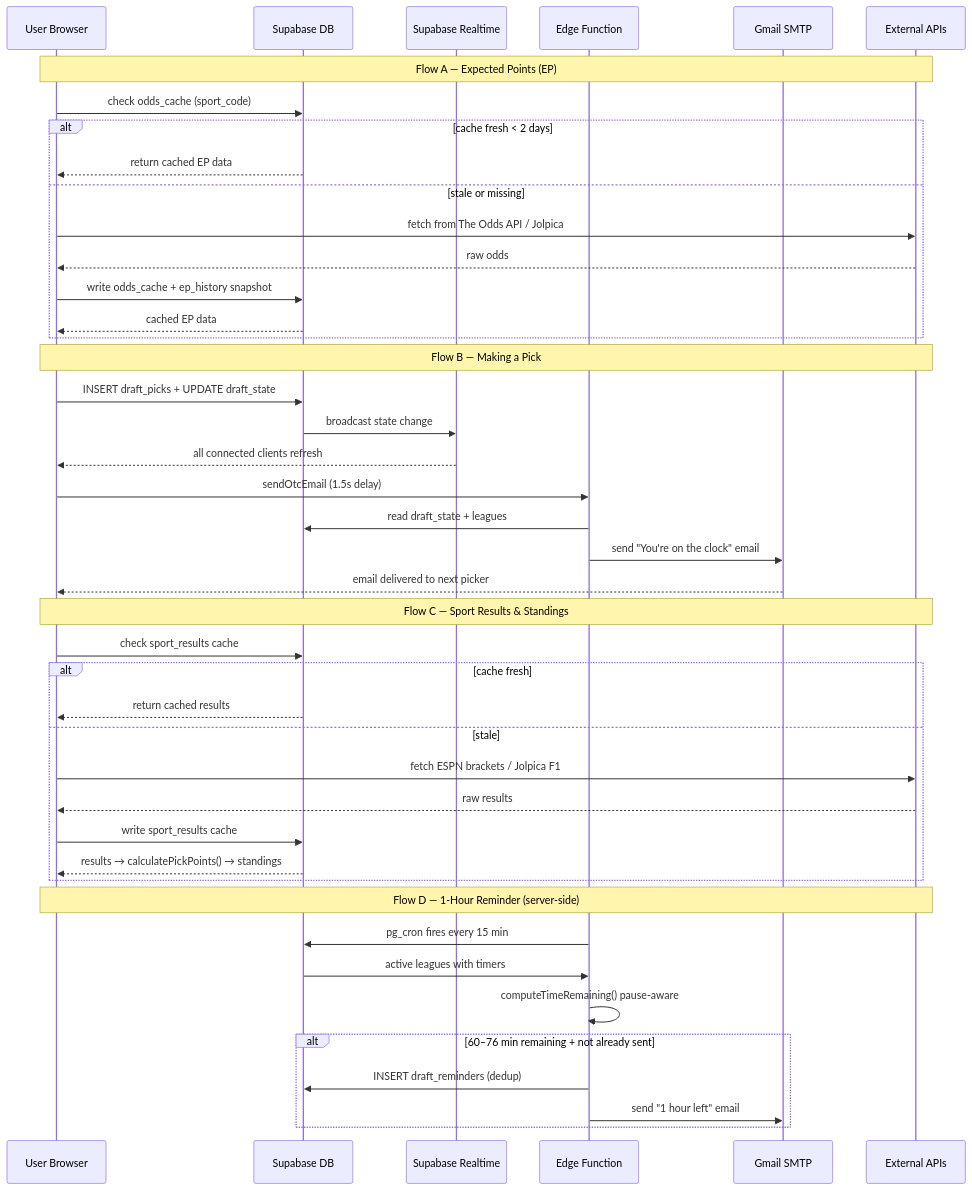
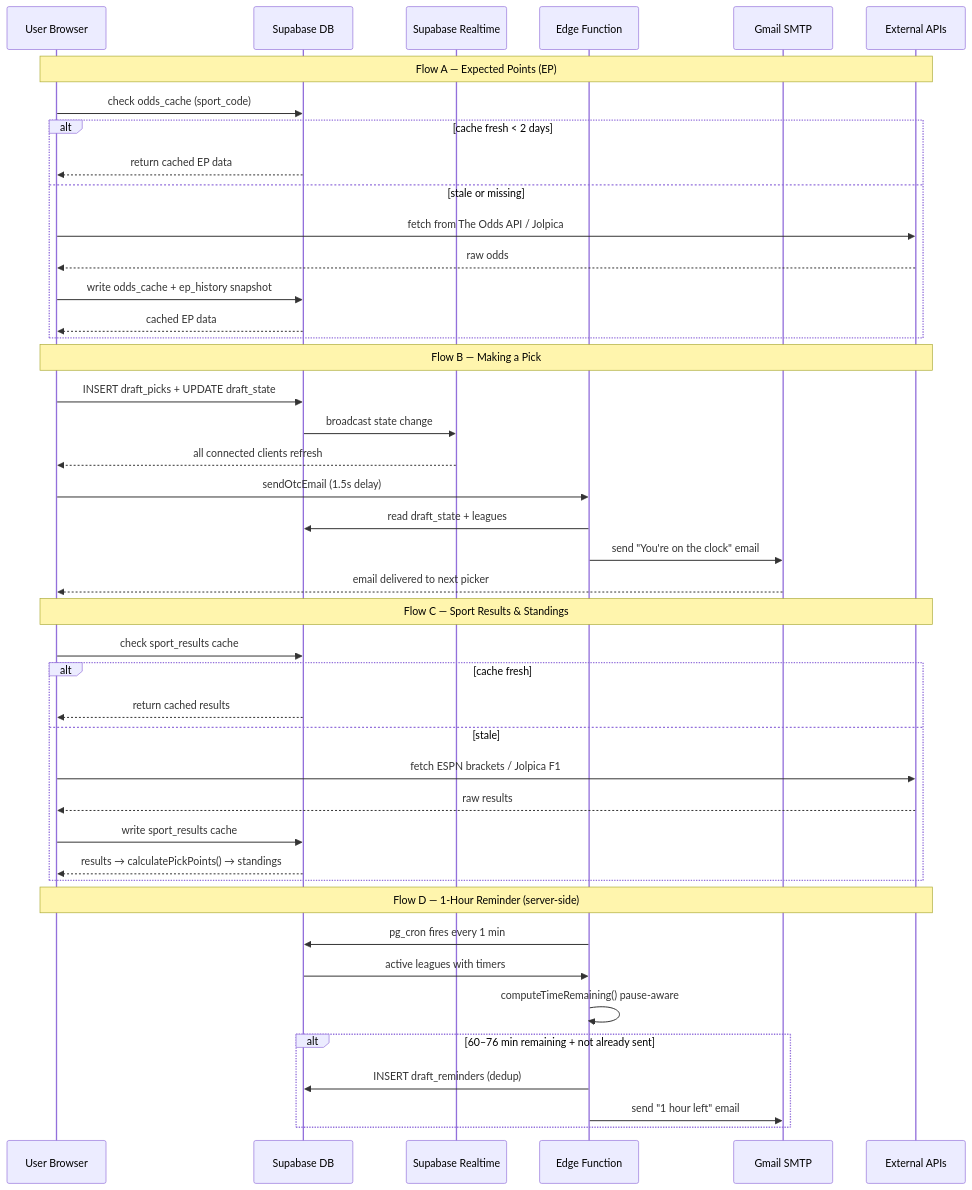
Before and after one commit to ayushm23/omnifantasy: the fourth of 4 diagrams in docs/ARCHITECTURE.md, drawn with Mermaid. The commit also changed other lines of this file and 3 other files, not shown here.

````diff
--- a/docs/ARCHITECTURE.md
+++ b/docs/ARCHITECTURE.md
@@ -156,49 +156,49 @@
 ```mermaid
 sequenceDiagram
     participant U as User Browser
     participant DB as Supabase DB
     participant RT as Supabase Realtime
     participant EF as Edge Function
     participant SMTP as Gmail SMTP
     participant Ext as External APIs
 
     Note over U,Ext: Flow A — Expected Points (EP)
     U->>DB: check odds_cache (sport_code)
     alt cache fresh < 2 days
         DB-->>U: return cached EP data
     else stale or missing
         U->>Ext: fetch from The Odds API / Jolpica
         Ext-->>U: raw odds
         U->>DB: write odds_cache + ep_history snapshot
         DB-->>U: cached EP data
     end
 
     Note over U,Ext: Flow B — Making a Pick
     U->>DB: INSERT draft_picks + UPDATE draft_state
     DB->>RT: broadcast state change
     RT-->>U: all connected clients refresh
     U->>EF: sendOtcEmail (1.5s delay)
     EF->>DB: read draft_state + leagues
     EF->>SMTP: send "You're on the clock" email
     SMTP-->>U: email delivered to next picker
 
     Note over U,Ext: Flow C — Sport Results & Standings
     U->>DB: check sport_results cache
     alt cache fresh
         DB-->>U: return cached results
     else stale
         U->>Ext: fetch ESPN brackets / Jolpica F1
         Ext-->>U: raw results
         U->>DB: write sport_results cache
         DB-->>U: results → calculatePickPoints() → standings
     end
 
     Note over U,Ext: Flow D — 1-Hour Reminder (server-side)
-    EF->>DB: pg_cron fires every 15 min
+    EF->>DB: pg_cron fires every 1 min
     DB->>EF: active leagues with timers
     EF->>EF: computeTimeRemaining() pause-aware
     alt 60–76 min remaining + not already sent
         EF->>DB: INSERT draft_reminders (dedup)
         EF->>SMTP: send "1 hour left" email
     end
 ```
````
